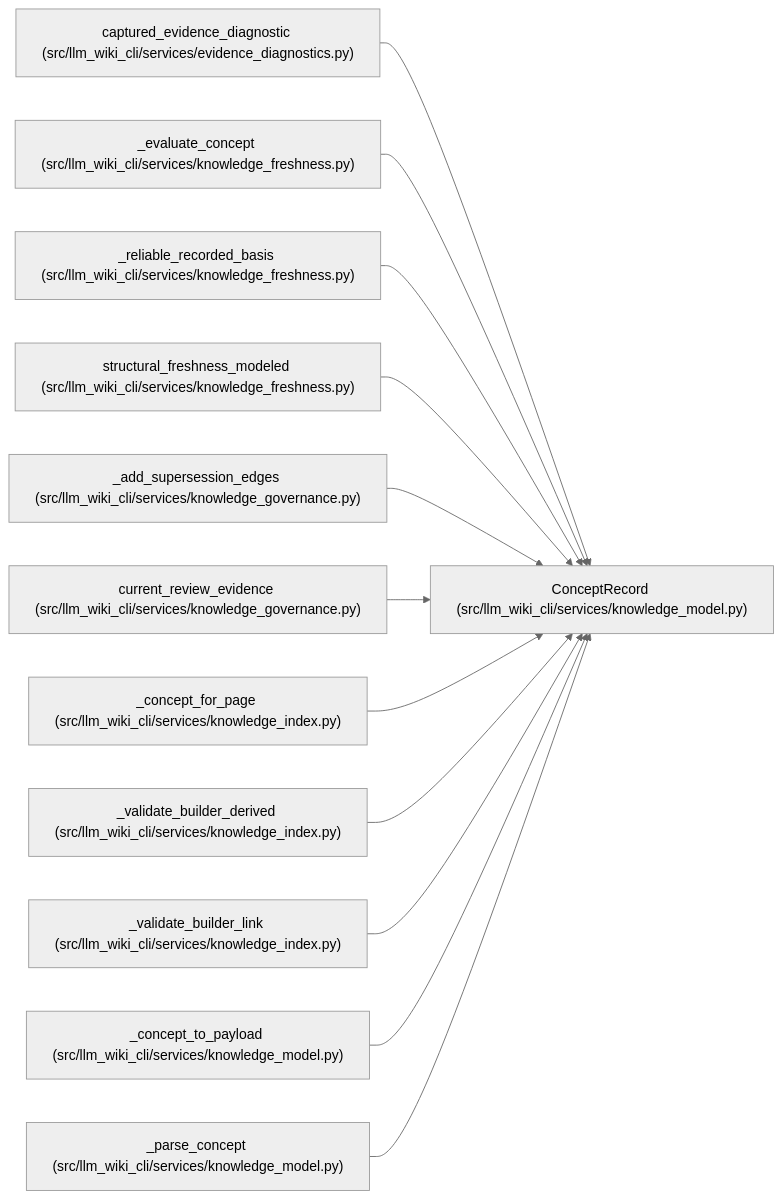
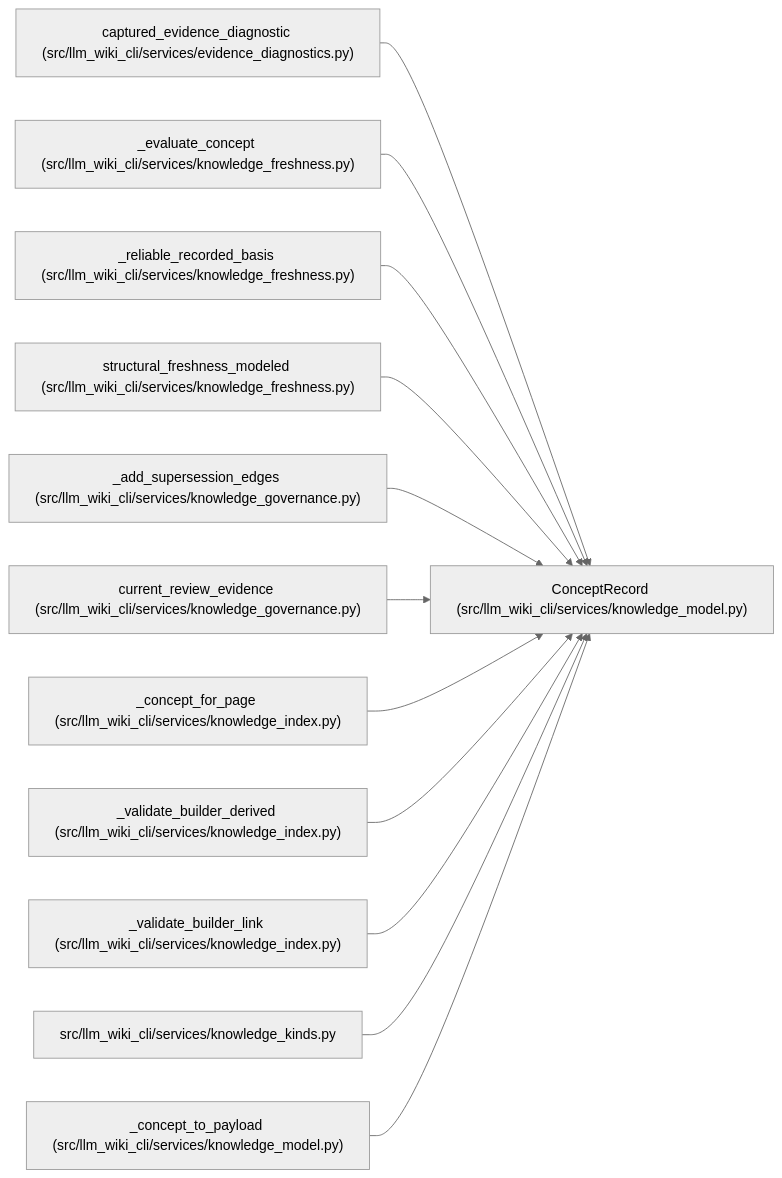
The diagram in docs/llm_wiki/entities/ConceptRecord.md (Denissvgn/python-wiki-llm), drawn with Mermaid (neutral theme) before and after one commit. The commit also changed other lines of this file and 1555 other files, not shown here.

````diff
--- a/docs/llm_wiki/entities/ConceptRecord.md
+++ b/docs/llm_wiki/entities/ConceptRecord.md
@@ -33,38 +33,38 @@
 ```mermaid
 flowchart LR
     n0["ConceptRecord (src/llm_wiki_cli/services/knowledge_model.py)"]
     n1["captured_evidence_diagnostic (src/llm_wiki_cli/services/evidence_diagnostics.py)"]
     n2["_evaluate_concept (src/llm_wiki_cli/services/knowledge_freshness.py)"]
     n3["_reliable_recorded_basis (src/llm_wiki_cli/services/knowledge_freshness.py)"]
     n4["structural_freshness_modeled (src/llm_wiki_cli/services/knowledge_freshness.py)"]
     n5["_add_supersession_edges (src/llm_wiki_cli/services/knowledge_governance.py)"]
     n6["current_review_evidence (src/llm_wiki_cli/services/knowledge_governance.py)"]
     n7["_concept_for_page (src/llm_wiki_cli/services/knowledge_index.py)"]
     n8["_validate_builder_derived (src/llm_wiki_cli/services/knowledge_index.py)"]
     n9["_validate_builder_link (src/llm_wiki_cli/services/knowledge_index.py)"]
-    n10["_concept_to_payload (src/llm_wiki_cli/services/knowledge_model.py)"]
-    n11["_parse_concept (src/llm_wiki_cli/services/knowledge_model.py)"]
+    n10["src/llm_wiki_cli/services/knowledge_kinds.py"]
+    n11["_concept_to_payload (src/llm_wiki_cli/services/knowledge_model.py)"]
     n1 --> n0
     n2 --> n0
     n3 --> n0
     n4 --> n0
     n5 --> n0
     n6 --> n0
     n7 --> n0
     n8 --> n0
     n9 --> n0
     n10 --> n0
     n11 --> n0
     click n0 "../modules/knowledge_model.md"
     click n1 "../modules/evidence_diagnostics.md"
     click n2 "../modules/knowledge_freshness.md"
     click n3 "../modules/knowledge_freshness.md"
     click n4 "../modules/knowledge_freshness.md"
     click n5 "../modules/knowledge_governance.md"
     click n6 "../modules/knowledge_governance.md"
     click n7 "../modules/knowledge_index.md"
     click n8 "../modules/knowledge_index.md"
     click n9 "../modules/knowledge_index.md"
-    click n10 "../modules/knowledge_model.md"
+    click n10 "../modules/knowledge_kinds.md"
     click n11 "../modules/knowledge_model.md"
 ```
````
